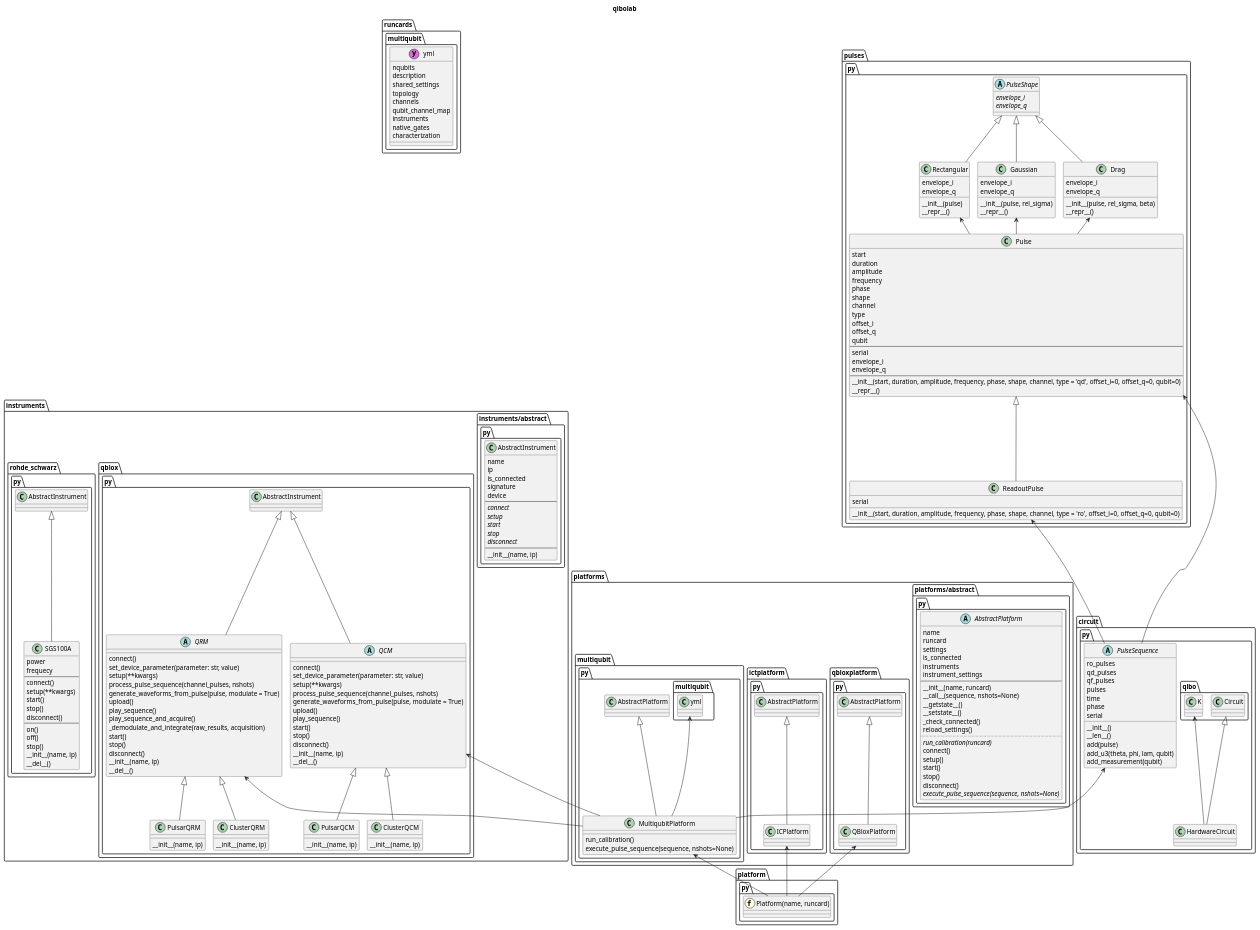
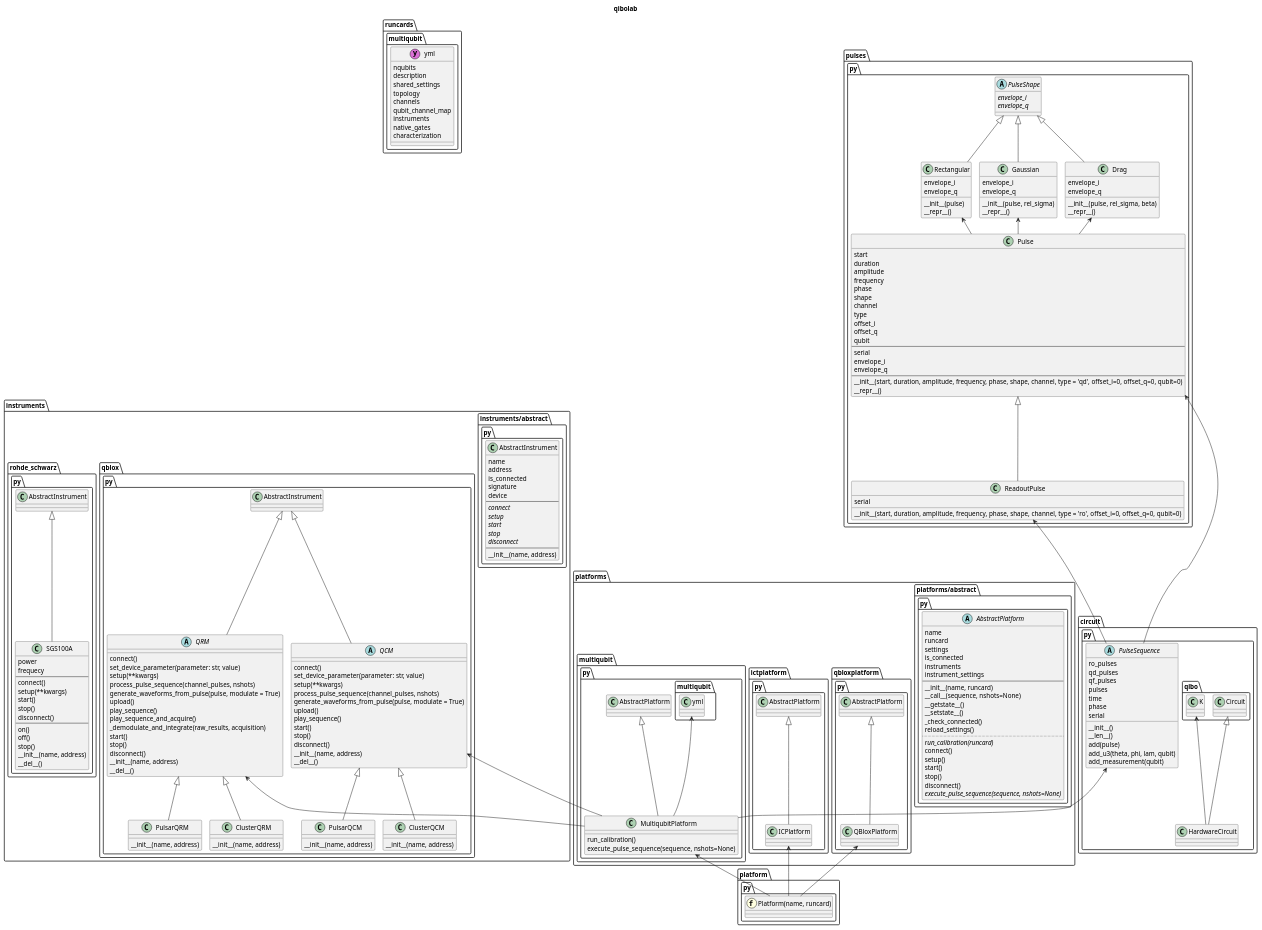
The diagram in doc/diagrams/multiqubit.puml (qiboteam/qibolab), drawn with PlantUML before and after one commit. The commit also changed 6 other files, not shown here.

```diff
--- a/doc/diagrams/multiqubit.puml
+++ b/doc/diagrams/multiqubit.puml
@@ -19,7 +19,7 @@
     package instruments/abstract.py{
         class AbstractInstrument{
             name
-            ip
+            address
             is_connected
             signature
             device
@@ -30,7 +30,7 @@
             {abstract} stop
             {abstract} disconnect
             --
-            __init__(name, ip)
+            __init__(name, address)
         }
     }
     package qblox.py{
@@ -47,7 +47,7 @@
             start()
             stop()
             disconnect()
-            __init__(name, ip)
+            __init__(name, address)
             __del__()
         }
         abstract class QCM extends AbstractInstrument{
@@ -61,20 +61,20 @@
             start()
             stop()
             disconnect()
-            __init__(name, ip)
+            __init__(name, address)
             __del__()
         }
         class PulsarQRM extends QRM {
-            __init__(name, ip)
+            __init__(name, address)
         }
         class PulsarQCM extends QCM {
-            __init__(name, ip)
+            __init__(name, address)
         }
         class ClusterQRM extends QRM {
-            __init__(name, ip)
+            __init__(name, address)
         }
         class ClusterQCM extends QCM {
-            __init__(name, ip)
+            __init__(name, address)
         }
     }
     package rohde_schwarz.py {
@@ -91,7 +91,7 @@
             on()
             off()
             stop()
-            __init__(name, ip)
+            __init__(name, address)
             __del__()
         }
     }
```
